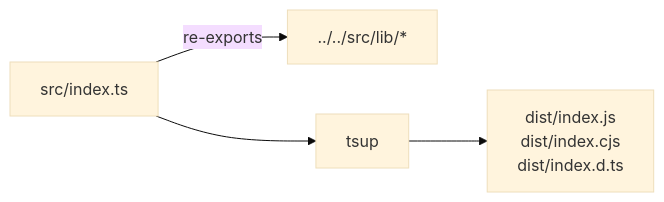
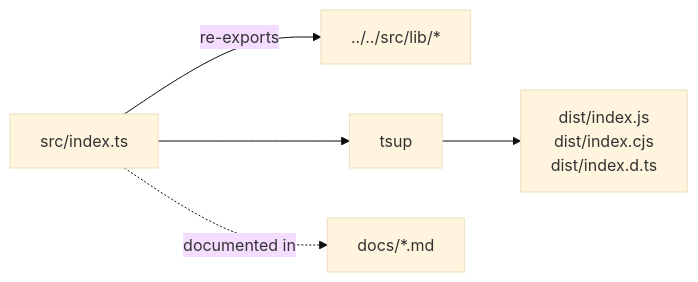
The diagram in packages/objex-utils/CLAUDE.md (walkthru-earth/objex), drawn with Mermaid (base theme) before and after one commit. The commit also changed other lines of this file and 16 other files, not shown here.

````diff
--- a/packages/objex-utils/CLAUDE.md
+++ b/packages/objex-utils/CLAUDE.md
@@ -5,5 +7,6 @@
 ```mermaid
 graph LR
     IDX[src/index.ts] -->|re-exports| SRC["../../src/lib/*"]
     IDX --> TSUP[tsup] --> DIST["dist/index.js<br/>dist/index.cjs<br/>dist/index.d.ts"]
+    IDX -. documented in .-> DOCS[docs/*.md]
 ```
````
